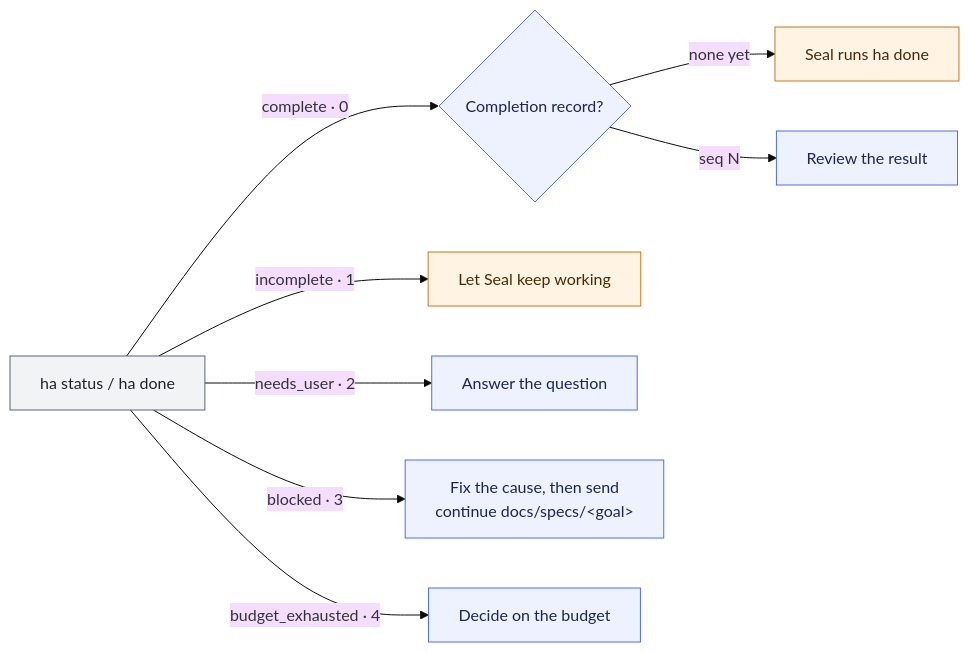
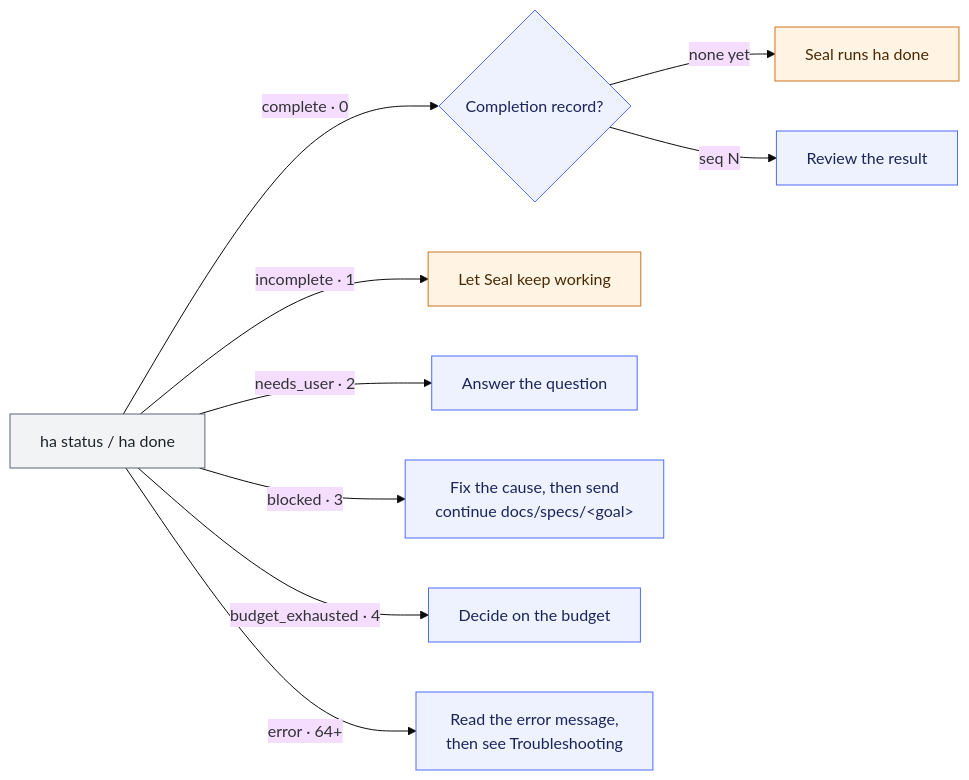
One commit to jgoneit/jaekit changed the diagram in guides/USAGE.en.md. Above: the diagram before and after it, drawn with Mermaid (base theme). The commit also changed other lines of this file and 1 other file, not shown here.

Commit message:
docs: show exit codes 64 and above in the usage result flow
Both usage guide diagrams now branch on errors (64 and above) to reading the
error message and Troubleshooting, and a line under each diagram names the
usage, refusal, unsupported-rule and internal error codes from the
run-record contract.

````diff
--- a/guides/USAGE.en.md
+++ b/guides/USAGE.en.md
@@ -64,16 +64,17 @@
 ```mermaid
 flowchart LR
     S["ha status / ha done"] -->|complete · 0| R{"Completion record?"}
     R -->|"none yet"| D["Seal runs ha done"]
     R -->|"seq N"| C["Review the result"]
     S -->|incomplete · 1| I["Let Seal keep working"]
     S -->|needs_user · 2| U["Answer the question"]
     S -->|blocked · 3| B["Fix the cause, then send<br/>continue docs/specs/#lt;goal#gt;"]
     S -->|budget_exhausted · 4| E["Decide on the budget"]
+    S -->|"error · 64+"| X["Read the error message,<br/>then see Troubleshooting"]
     classDef you fill:#EEF1FE,stroke:#4F6CF7,color:#1B2559
     classDef sealStep fill:#FFF3E3,stroke:#C9761F,color:#4A2A06
     classDef record fill:#F1F3F5,stroke:#596579,color:#1F2328
     class S record
-    class C,U,B,E,R you
+    class C,U,B,E,R,X you
     class I,D sealStep
 ```
````
